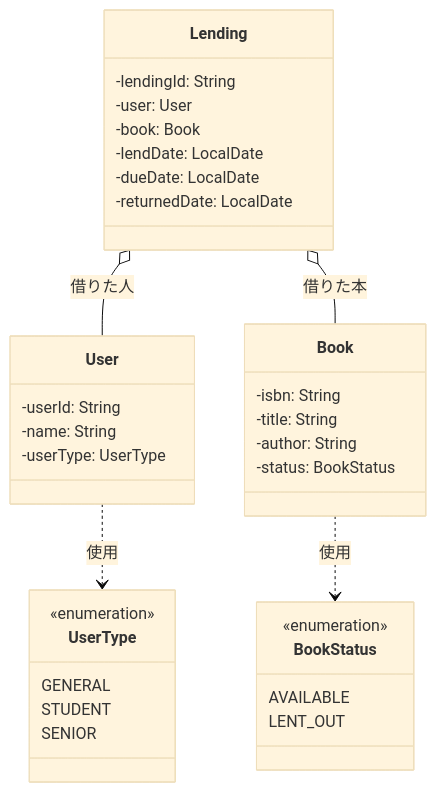
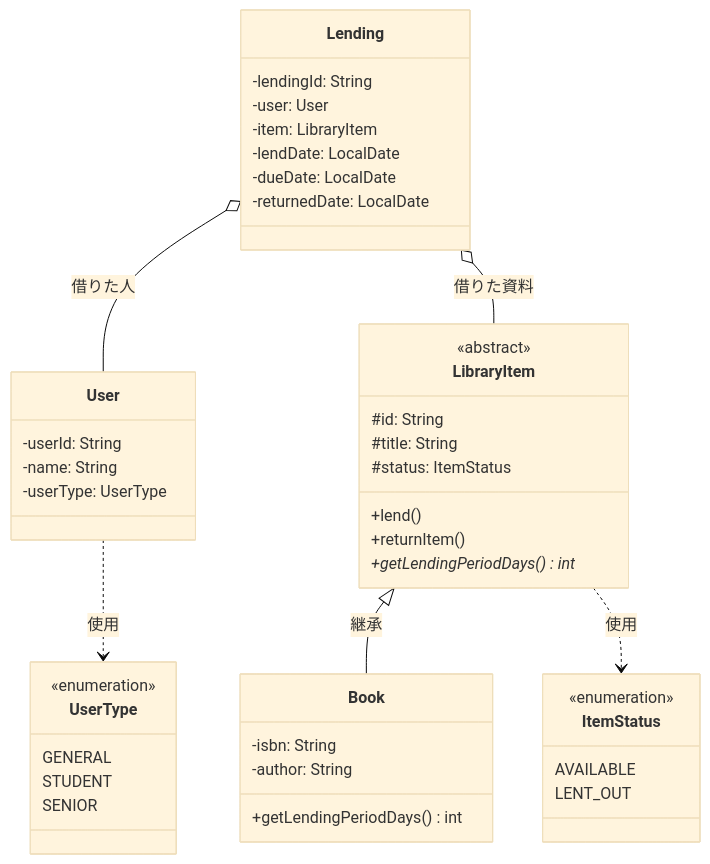
One commit to Iguchi0205/library-management-system changed the diagram in docs/design.md. Above: the diagram before and after it, drawn with Mermaid (base theme). The commit also changed other lines of this file, not shown here.

Commit message:
Step2:設計書を更新（抽象クラスlibraryitemを導入）”
git push origin main
git commit -mStep2:設計書を更新（抽象クラスlibraryitemを導入）”

`````diff
--- a/docs/design.md
+++ b/docs/design.md
@@ -10,42 +10,52 @@
-```mermaid
+````mermaid
 classDiagram
+    class LibraryItem {
+        <<abstract>>
+        #id: String
+        #title: String
+        #status: ItemStatus
+        +lend()
+        +returnItem()
+        +getLendingPeriodDays()* int
+    }
+    
     class Book {
         -isbn: String
-        -title: String
         -author: String
-        -status: BookStatus
+        +getLendingPeriodDays() int
     }
     
     class User {
         -userId: String
         -name: String
         -userType: UserType
     }
     
     class Lending {
         -lendingId: String
         -user: User
-        -book: Book
+        -item: LibraryItem
         -lendDate: LocalDate
         -dueDate: LocalDate
         -returnedDate: LocalDate
     }
     
-    class BookStatus {
+    class ItemStatus {
         <<enumeration>>
         AVAILABLE
         LENT_OUT
     }
     
     class UserType {
         <<enumeration>>
         GENERAL
         STUDENT
         SENIOR
     }
     
+    LibraryItem <|-- Book : 継承
     Lending o-- User : 借りた人
-    Lending o-- Book : 借りた本
-    Book ..> BookStatus : 使用
+    Lending o-- LibraryItem : 借りた資料
+    LibraryItem ..> ItemStatus : 使用
     User ..> UserType : 使用
-```
+````
`````
